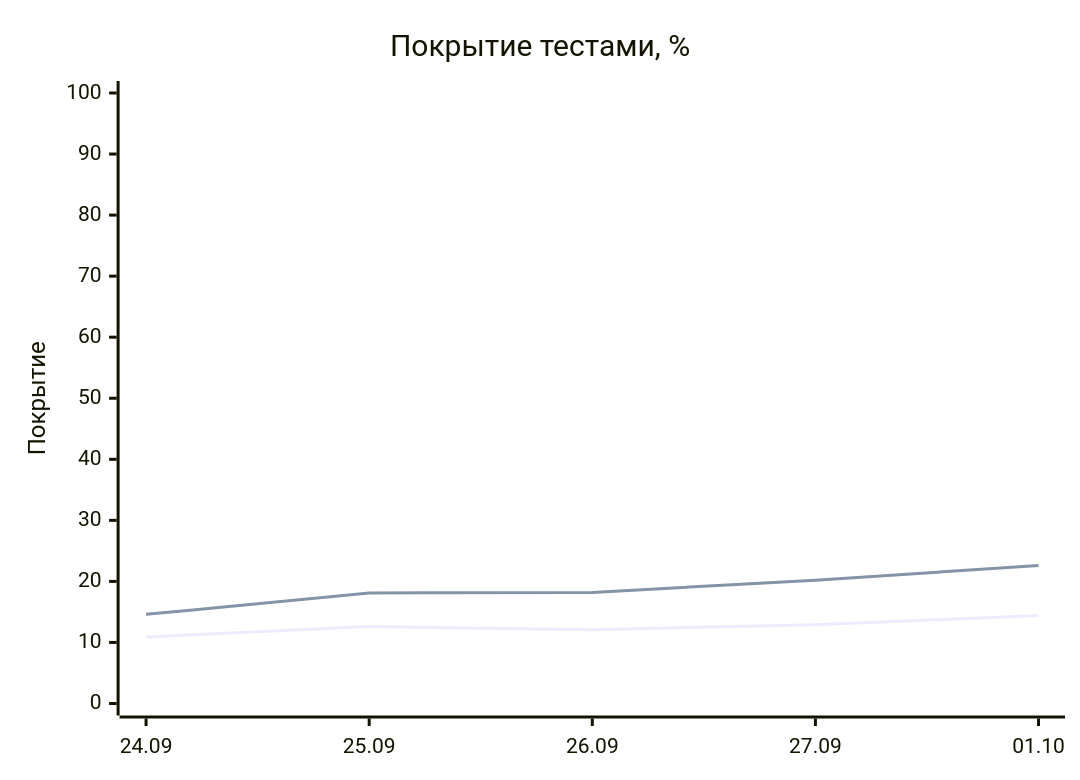
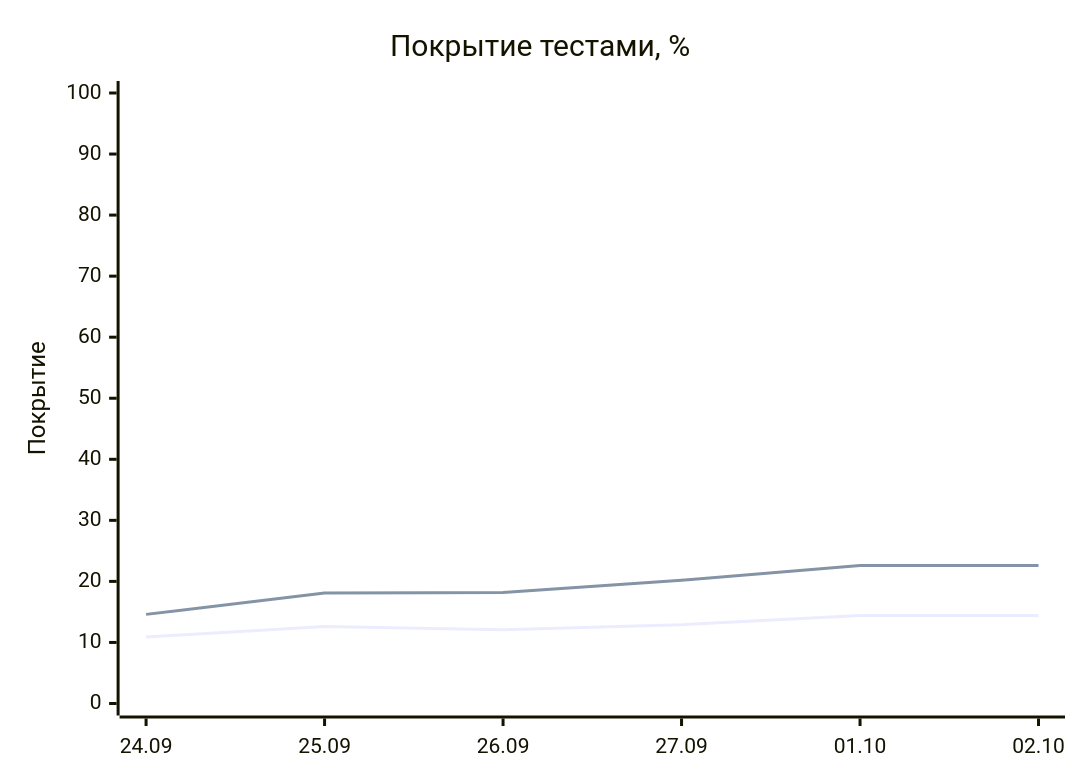
The diagram in README.md (EvgeniBondarev/coverage-report), drawn with Mermaid before and after one commit. The commit also changed other lines of this file and 2777 other files, not shown here.

````diff
--- a/README.md
+++ b/README.md
@@ -19,8 +19,8 @@
 ```mermaid
 xychart-beta
     title "Покрытие тестами, %"
-    x-axis ["24.09", "25.09", "26.09", "27.09", "01.10"]
+    x-axis ["24.09", "25.09", "26.09", "27.09", "01.10", "02.10"]
     y-axis "Покрытие" 0 --> 100
-    line [10.9, 12.6, 12.1, 12.9, 14.4]
-    line [14.6, 18.1, 18.2, 20.2, 22.6]
+    line [10.9, 12.6, 12.1, 12.9, 14.4, 14.4]
+    line [14.6, 18.1, 18.2, 20.2, 22.6, 22.6]
 ```
````
